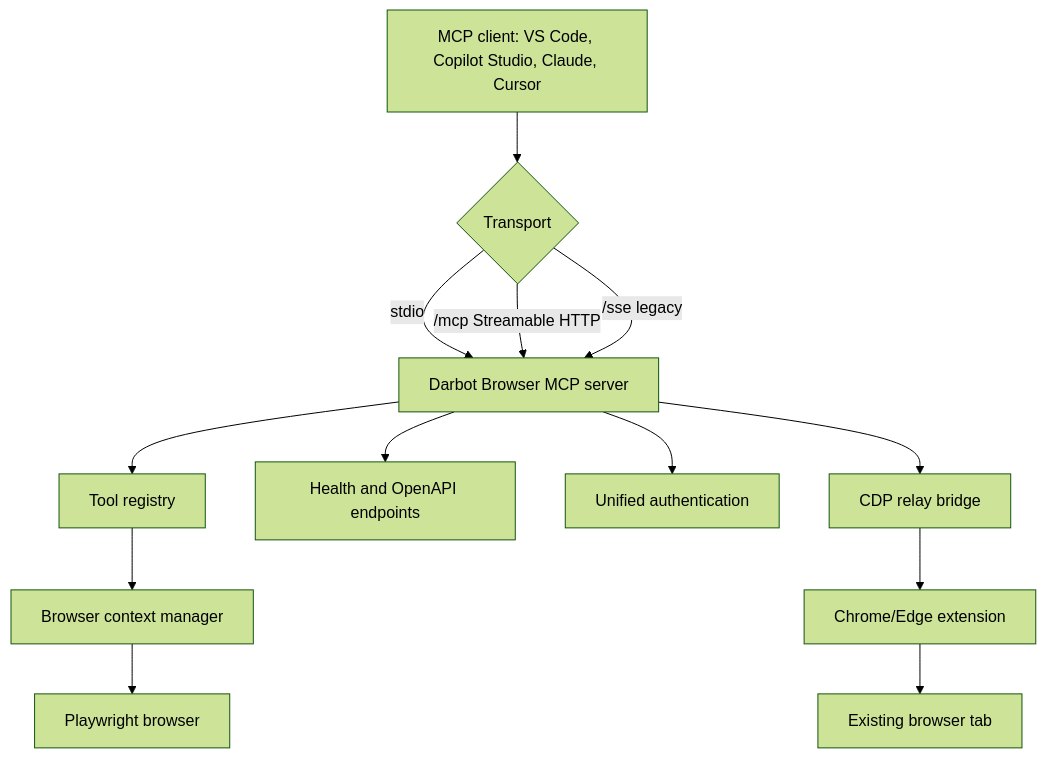
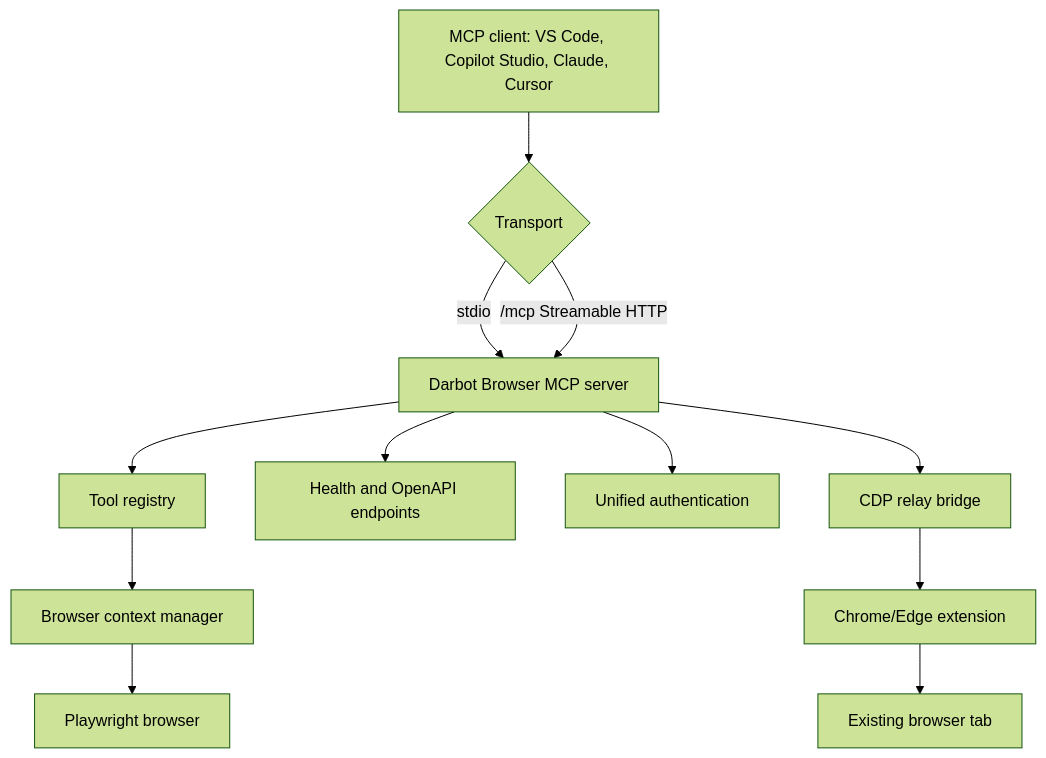
One commit to darbotlabs/darbot-browser-mcp changed the diagram in docs/architecture/overview.md. Above: the diagram before and after it, drawn with Mermaid (forest theme). The commit also changed other lines of this file and 217 other files, not shown here.

````diff
--- a/docs/architecture/overview.md
+++ b/docs/architecture/overview.md
@@ -13,15 +13,14 @@
 ```mermaid
 flowchart TB
   Client[MCP client: VS Code, Copilot Studio, Claude, Cursor] --> Transport{Transport}
   Transport -->|stdio| Server[Darbot Browser MCP server]
   Transport -->|/mcp Streamable HTTP| Server
-  Transport -->|/sse legacy| Server
   Server --> Tools[Tool registry]
   Tools --> Context[Browser context manager]
   Context --> Browser[Playwright browser]
   Server --> Health[Health and OpenAPI endpoints]
   Server --> Auth[Unified authentication]
   Server --> Bridge[CDP relay bridge]
   Bridge --> Extension[Chrome/Edge extension]
   Extension --> ExistingTab[Existing browser tab]
 ```
````
